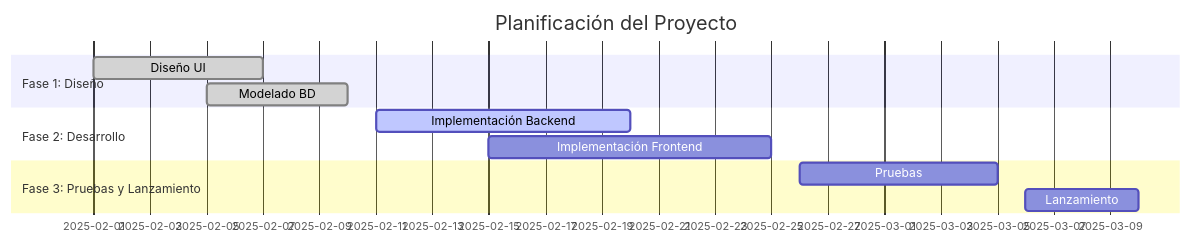
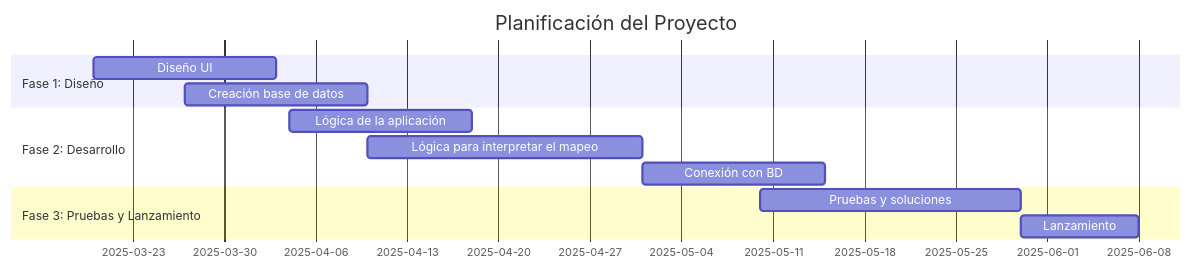
Before and after one commit to MartaGDC/UD6_DesarrolloInterfaces: the first of 8 diagrams in README.md, drawn with Mermaid. The commit also changed other lines of this file, not shown here.

````diff
--- a/README.md
+++ b/README.md
@@ -55,14 +53,15 @@
 ```mermaid
 gantt
     title Planificación del Proyecto
-    dateFormat  YYYY-MM-DD
+    dateFormat  DD-MM-YYYY
     section Fase 1: Diseño
-      Diseño UI :done, 2025-02-01, 2025-02-07
-      Modelado BD :done, 2025-02-05, 2025-02-10
+      Diseño UI : ui, 2025-03-20, 14d
+      Creación base de datos : bbdd, 2025-03-27, 14d
     section Fase 2: Desarrollo
-      Implementación Backend :active, 2025-02-11, 2025-02-20
-      Implementación Frontend : 2025-02-15, 2025-02-25
+      Lógica de la aplicación : logic, 2025-04-04, 14d
+      Lógica para interpretar el mapeo: map, 2025-04-10, 21d
+      Conexión con BD: conbd, 2025-05-01, 14d
     section Fase 3: Pruebas y Lanzamiento
-      Pruebas : 2025-02-26, 2025-03-05
-      Lanzamiento : 2025-03-06, 2025-03-10
+      Pruebas y soluciones: test, 2025-05-10, 20d
+      Lanzamiento : deploy, 2025-05-30, 9d
 ```
````
